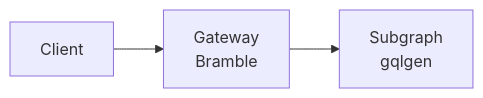
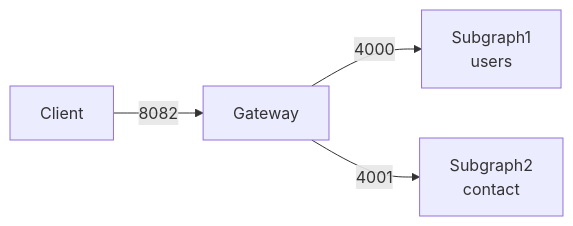
Before and after one commit to danny-yamamoto/go-graphql-federation-example: the diagram in README.md, drawn with Mermaid. The commit also changed other lines of this file, not shown here.

````diff
--- a/README.md
+++ b/README.md
@@ -4,8 +4,10 @@
 ```mermaid
 flowchart LR
-    Gateway["Gateway
-    Bramble"]
-    Subgraph["Subgraph
-    gqlgen"]
-    Client --> Gateway --> Subgraph
+    Gateway["Gateway"]
+    Subgraph1["Subgraph1
+    users"]
+    Subgraph2["Subgraph2
+    contact"]
+    Client -->|8082| Gateway -->|4000| Subgraph1
+    Gateway -->|4001| Subgraph2
 ```
````
